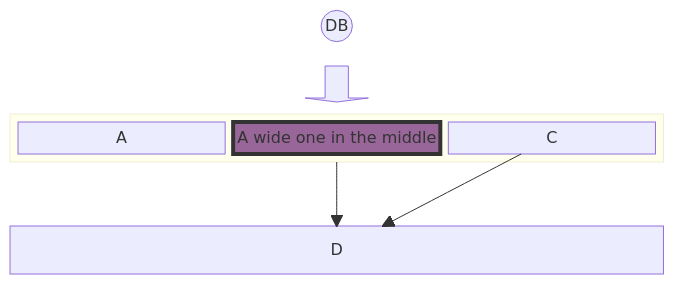
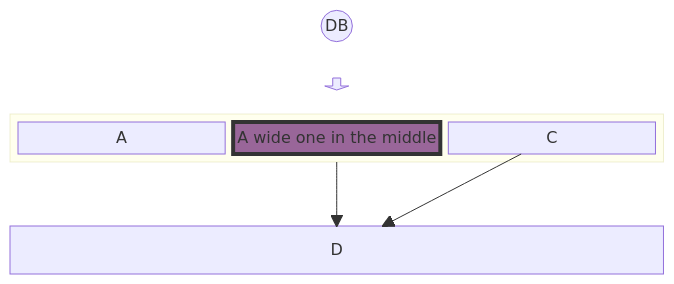
The diagram in docs/content-craft/mermaid-syntax/block-diagrams-documentation.md (kaisersoftapps/docs), drawn with Mermaid before and after one commit. The commit also changed other lines of this file and 7 other files, not shown here.

````diff
--- a/docs/content-craft/mermaid-syntax/block-diagrams-documentation.md
+++ b/docs/content-craft/mermaid-syntax/block-diagrams-documentation.md
@@ -34,17 +33,16 @@
 ```mermaid
 block-beta
 columns 1
   db(("DB"))
-  blockArrowId6<["&nbsp;&nbsp;&nbsp;"]>(down)
+  blockArrowId6<[" "]>(down)
   block:ID
     A
     B["A wide one in the middle"]
     C
   end
   space
   D
   ID --> D
   C --> D
   style B fill:#969,stroke:#333,stroke-width:4px
-
 ```
````
